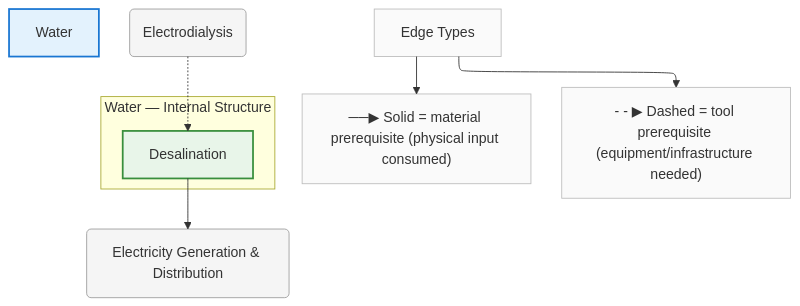
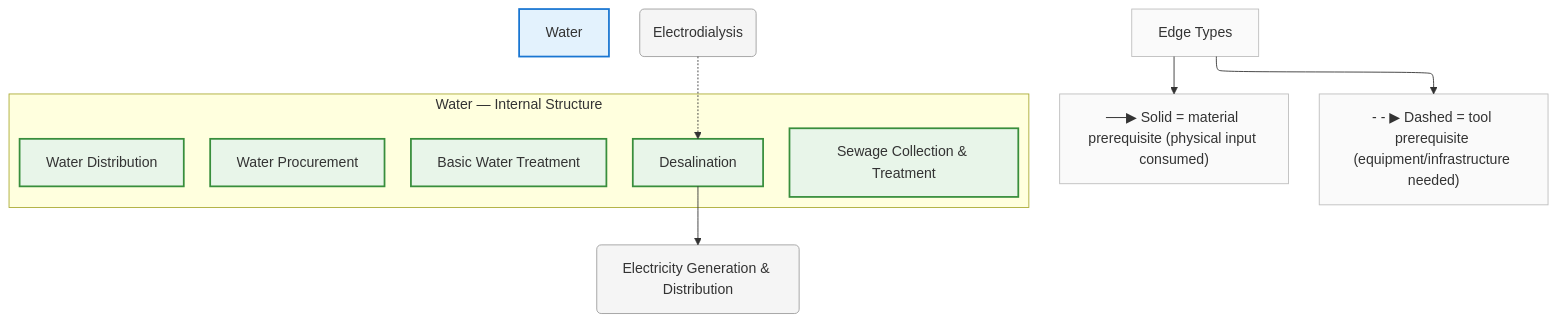
The diagram in diagrams/mermaid/water.mmd (egofree/TechTree), drawn with Mermaid before and after one commit. The commit also changed 47 other files, not shown here.

```diff
--- a/diagrams/mermaid/water.mmd
+++ b/diagrams/mermaid/water.mmd
@@ -1,40 +1,48 @@
 %%{init: {"flowchart": {"defaultRenderer": "elk", "htmlLabels": true}}}%%
 graph TD
     %% Domain: Water
 
     %% ==================== INTERNAL NODES ====================
     subgraph water_internal ["Water — Internal Structure"]
         direction TB
         water_desalination["Desalination"]
+        water_procurement["Water Procurement"]
+        water_distribution["Water Distribution"]
+        water_basic-treatment["Basic Water Treatment"]
+        water_sewage["Sewage Collection & Treatment"]
     end
 
     %% ==================== DOMAIN NODE ====================
     water["Water"]
 
     %% ==================== EXTERNAL DEPENDENCIES ====================
     chemistry_electrodialysis("Electrodialysis")
     energy_electricity("Electricity Generation & Distribution")
 
     %% ==================== EDGES ====================
     water_desalination --> energy_electricity
     chemistry_electrodialysis -.-> water_desalination
 
     %% ==================== EDGE TYPE LEGEND ====================
     EdgeLegend["Edge Types"]
     EdgeLegend --> MatNote["──▶ Solid = material prerequisite (physical input consumed)"]
     EdgeLegend --> ToolNote["- - ▶ Dashed = tool prerequisite (equipment/infrastructure needed)"]
 
     %% ==================== STYLING ====================
     classDef domain fill:#e3f2fd,stroke:#1976d2,stroke-width:2px
     classDef capability fill:#e8f5e9,stroke:#388e3c,stroke-width:2px
     classDef process fill:#fff3e0,stroke:#f57c00,stroke-width:2px
     classDef critical fill:#fff3e0,stroke:#f57c00,stroke-width:3px
     classDef earlyWin fill:#e8f5e9,stroke:#388e3c,stroke-width:3px
     classDef pinnacle fill:#fce4ec,stroke:#c62828,stroke-width:3px
     classDef external fill:#f5f5f5,stroke:#9e9e9e,stroke-width:1px
     classDef legend fill:#fafafa,stroke:#bdbdbd,stroke-width:1px
     class water domain
     class water_desalination capability
+    class water_procurement capability
+    class water_distribution capability
+    class water_basic-treatment capability
+    class water_sewage capability
     class chemistry_electrodialysis external
     class energy_electricity external
     class EdgeLegend,MatNote,ToolNote legend
```
